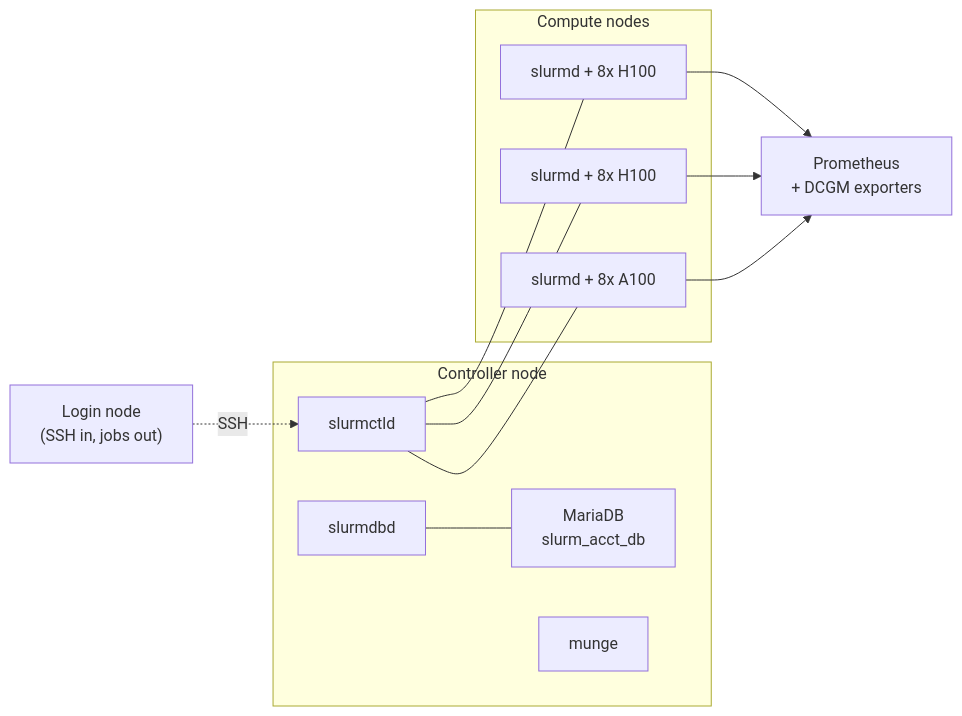
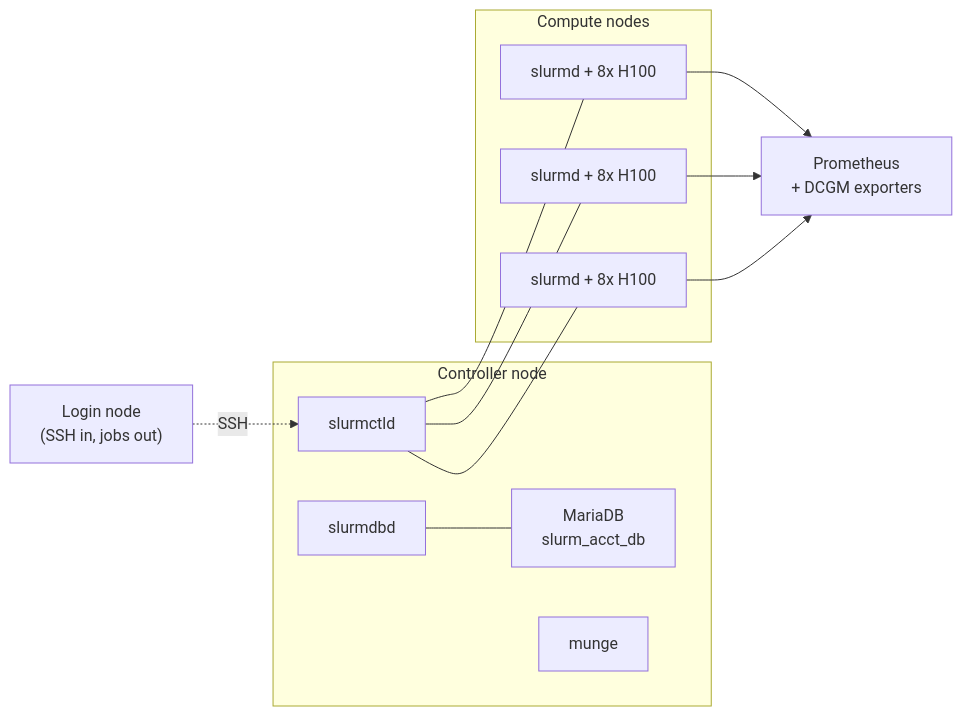
Before and after one commit to jithinpnjm/ai-infra-handbook: the first of 2 diagrams in docs/part-19-capstone/01-capstone-a-slurm-gpu-cluster.md, drawn with Mermaid. The commit also changed other lines of this file and 263 other files, not shown here.

````diff
--- a/docs/part-19-capstone/01-capstone-a-slurm-gpu-cluster.md
+++ b/docs/part-19-capstone/01-capstone-a-slurm-gpu-cluster.md
@@ -74,24 +74,24 @@
 ```mermaid
 flowchart LR
     subgraph Ctl["Controller node"]
         CTLD["slurmctld"]
         DBD["slurmdbd"]
         DB["MariaDB<br/>slurm_acct_db"]
         MUNGE["munge"]
     end
     LOGIN["Login node<br/>(SSH in, jobs out)"]
     subgraph Comp["Compute nodes"]
         N1["slurmd + 8x H100"]
         N2["slurmd + 8x H100"]
-        N3["slurmd + 8x A100"]
+        N3["slurmd + 8x H100"]
     end
     OBS["Prometheus<br/>+ DCGM exporters"]
     CTLD --- N1
     CTLD --- N2
     CTLD --- N3
     DBD --- DB
     LOGIN -.->|SSH| CTLD
     N1 --> OBS
     N2 --> OBS
     N3 --> OBS
 ```
````
